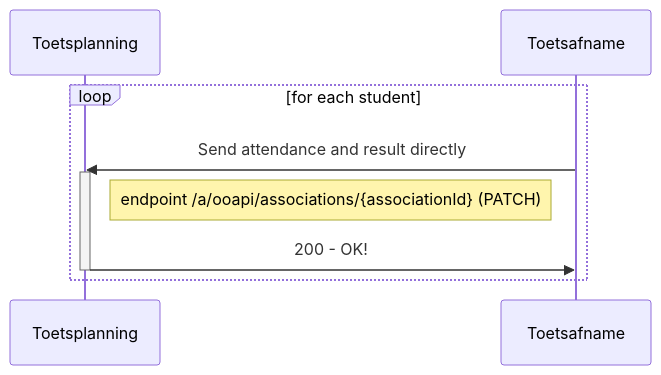
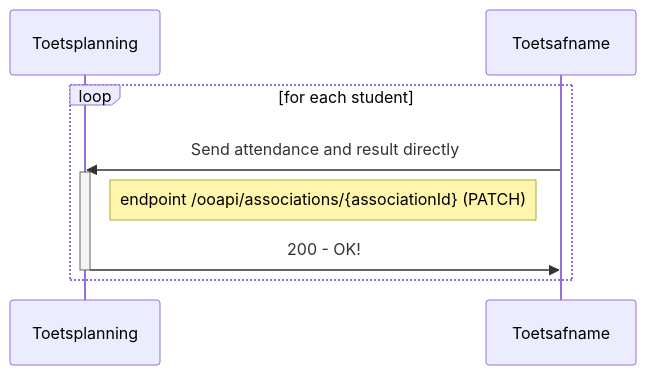
One commit to NetwerkExamineringDigitalisering/NED-OOAPI changed the first of 6 diagrams in doc/flow3.md. Above: the diagram before and after it, drawn with Mermaid. The commit also changed other lines of this file and 4 other files, not shown here.

````diff
--- a/doc/flow3.md
+++ b/doc/flow3.md
@@ -8,12 +8,12 @@
 ```mermaid
 sequenceDiagram
     participant Toetsplanning
     participant Toetsafname
     loop for each student
       Toetsafname->>Toetsplanning: Send attendance and result directly
       activate Toetsplanning
-      Note right of Toetsplanning: endpoint /a/ooapi/associations/{associationId} (PATCH)
+      Note right of Toetsplanning: endpoint /ooapi/associations/{associationId} (PATCH)
       Toetsplanning->>Toetsafname: 200 - OK!
       deactivate Toetsplanning
     end
 ```
````
